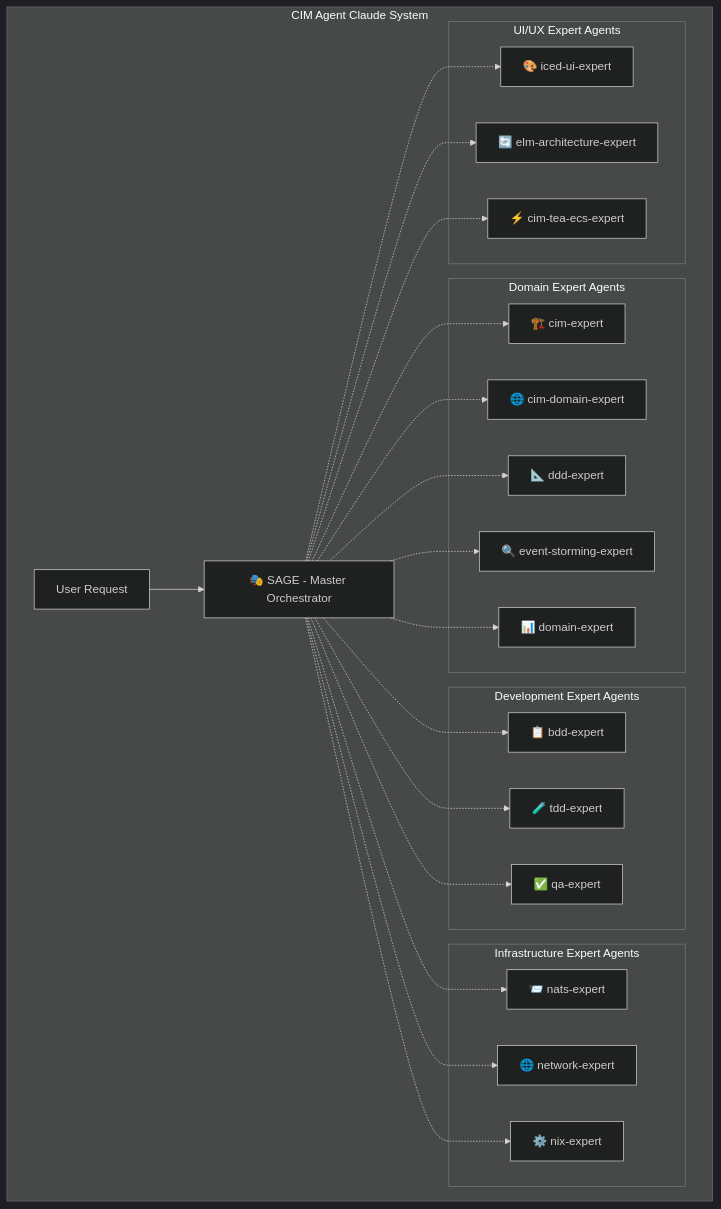
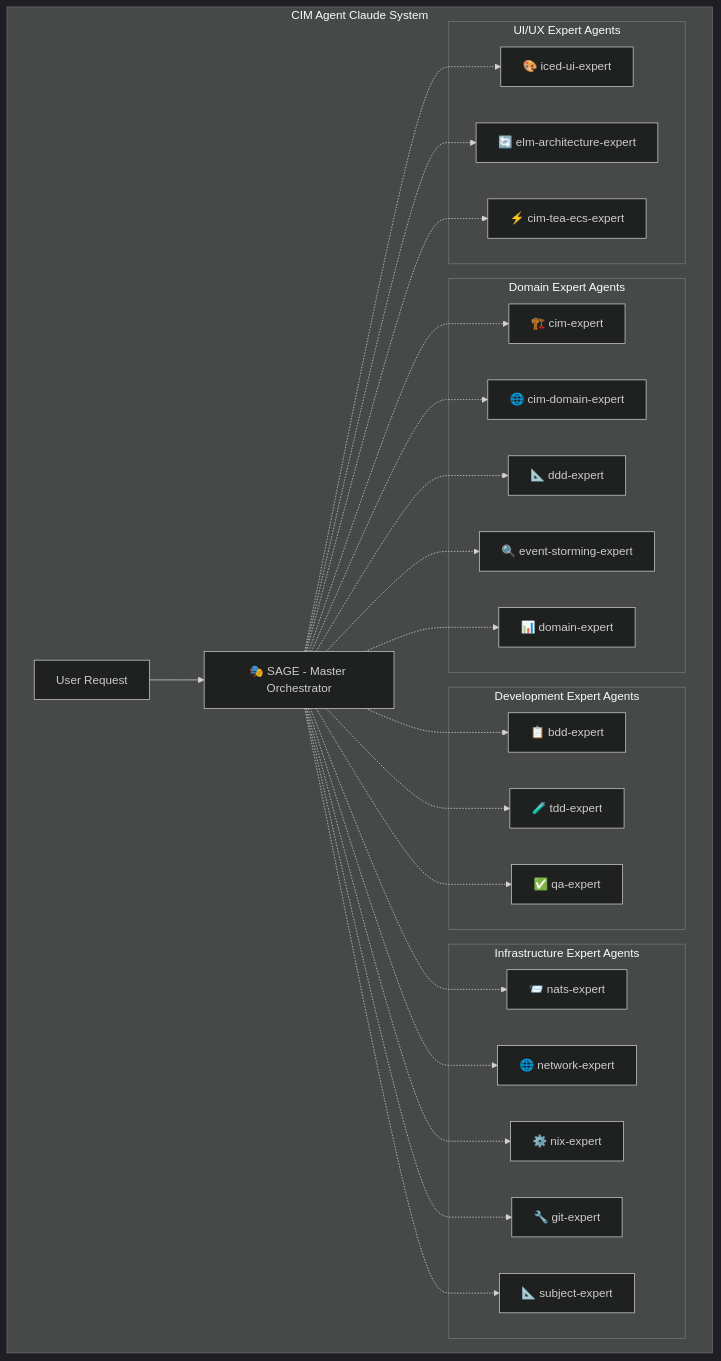
Before and after one commit to TheCowboyAI/cim-agent-claude: the diagram in .claude/instructions.md, drawn with Mermaid (dark theme). The commit also changed other lines of this file and 10 other files, not shown here.

````diff
--- a/.claude/instructions.md
+++ b/.claude/instructions.md
@@ -22,49 +53,53 @@
 ```mermaid
 graph TB
     subgraph "CIM Agent Claude System"
         USER[User Request]
         SAGE[🎭 SAGE - Master Orchestrator]
         
         subgraph "Domain Expert Agents"
             CIM[🏗️ cim-expert]
             CIM_DOMAIN[🌐 cim-domain-expert]
             DDD[📐 ddd-expert]
             ES[🔍 event-storming-expert]
             DOMAIN[📊 domain-expert]
         end
         
         subgraph "Development Expert Agents"
             BDD[📋 bdd-expert]
             TDD[🧪 tdd-expert]
             QA[✅ qa-expert]
         end
         
         subgraph "Infrastructure Expert Agents"
             NATS[📨 nats-expert]
             NETWORK[🌐 network-expert]
             NIX[⚙️ nix-expert]
+            GIT[🔧 git-expert]
+            SUBJECT[📐 subject-expert]
         end
         
         subgraph "UI/UX Expert Agents"
             ICED[🎨 iced-ui-expert]
             ELM[🔄 elm-architecture-expert]
             TEA[⚡ cim-tea-ecs-expert]
         end
         
         USER --> SAGE
         SAGE -.-> CIM
         SAGE -.-> CIM_DOMAIN
         SAGE -.-> DDD
         SAGE -.-> ES
         SAGE -.-> DOMAIN
         SAGE -.-> BDD
         SAGE -.-> TDD
         SAGE -.-> QA
         SAGE -.-> NATS
         SAGE -.-> NETWORK
         SAGE -.-> NIX
+        SAGE -.-> GIT
+        SAGE -.-> SUBJECT
         SAGE -.-> ICED
         SAGE -.-> ELM
         SAGE -.-> TEA
     end
 ```
````
